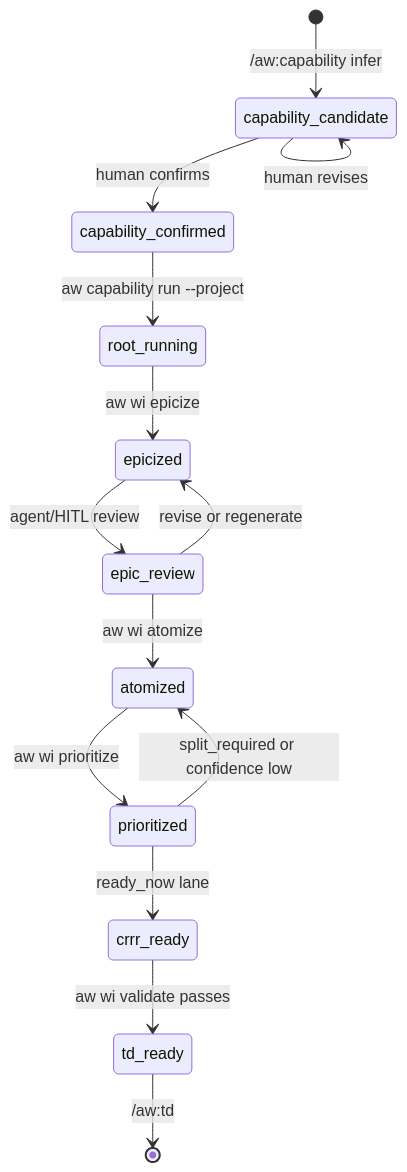
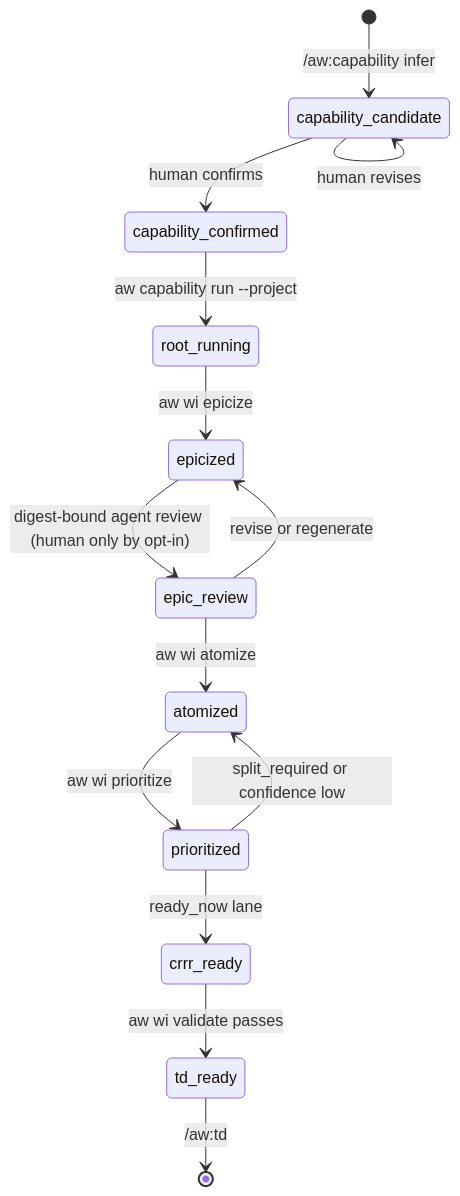
Before and after one commit to chrischeng-c4/axiom: the first of 3 diagrams in apps/agentic-workflow/tech-design/surface/specs/aw-capability-alignment-wi-planning.md, drawn with Mermaid. The commit also changed other lines of this file and 8 other files, not shown here.

First line of the commit message:
fix(aw): make capability plan review agent-backed

````diff
--- a/apps/agentic-workflow/tech-design/surface/specs/aw-capability-alignment-wi-planning.md
+++ b/apps/agentic-workflow/tech-design/surface/specs/aw-capability-alignment-wi-planning.md
@@ -209,20 +223,20 @@
 ```mermaid
 ---
 id: capability-alignment-loop
 initial: capability_candidate
 ---
 stateDiagram-v2
     [*] --> capability_candidate : /aw:capability infer
     capability_candidate --> capability_confirmed : human confirms
     capability_candidate --> capability_candidate : human revises
     capability_confirmed --> root_running : aw capability run --project
     root_running --> epicized : aw wi epicize
-    epicized --> epic_review : agent/HITL review
+    epicized --> epic_review : digest-bound agent review (human only by opt-in)
     epic_review --> atomized : aw wi atomize
     epic_review --> epicized : revise or regenerate
     atomized --> prioritized : aw wi prioritize
     prioritized --> crrr_ready : ready_now lane
     crrr_ready --> td_ready : aw wi validate passes
     td_ready --> [*] : /aw:td
     prioritized --> atomized : split_required or confidence low
 ```
````
